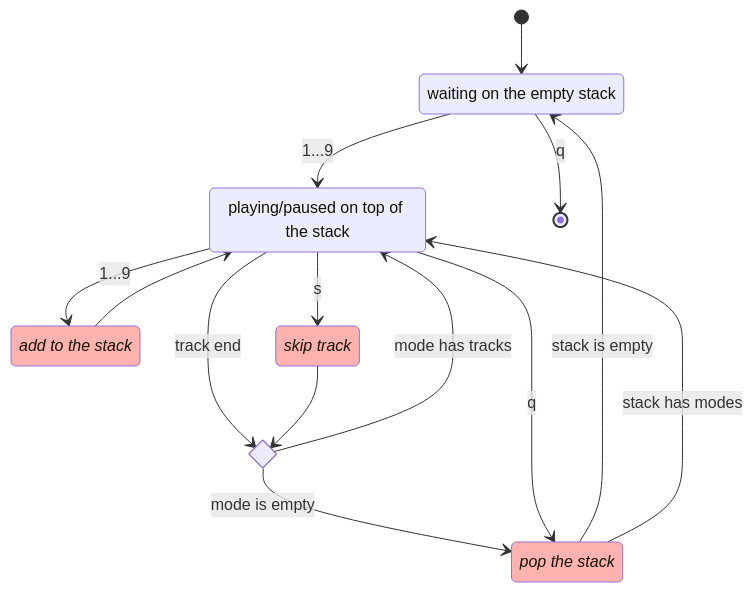
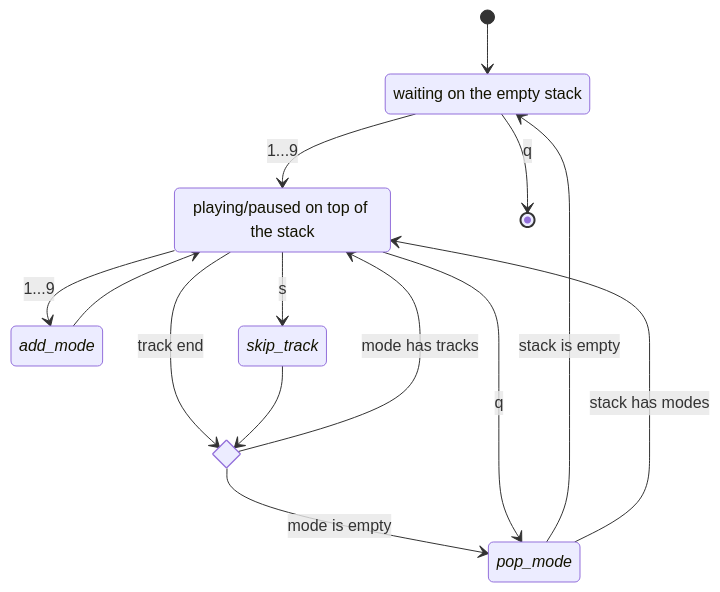
Before and after one commit to maksimil/ttmusic: the diagram in README.md, drawn with Mermaid. The commit also changed 1 other file, not shown here.

Commit message:
adding two actions

````diff
--- a/README.md
+++ b/README.md
@@ -7,32 +7,32 @@
 ```mermaid
 stateDiagram-v2
-    classDef action font-style:italic,fill:#ffb2ae
+    classDef action font-style:italic
 
     init : waiting on the empty stack
     playing : playing/paused on top of the stack
-    add : add to the stack
-    skip : skip track
-    pop : pop the stack
+    add : add_mode
+    skip : skip_track
+    pop : pop_mode
     state track_end <<choice>>
 
     class add, skip, pop action
 
     [*] --> init
 
     init --> [*] : q
     init --> playing : 1...9
 
     playing --> add : 1...9
     add --> playing
 
     playing --> track_end : track end
     track_end --> pop : mode is empty
     track_end --> playing : mode has tracks
     pop --> init : stack is empty
     pop --> playing : stack has modes
 
     playing --> skip : s
     skip --> track_end
 
     playing --> pop : q
 ```
````
